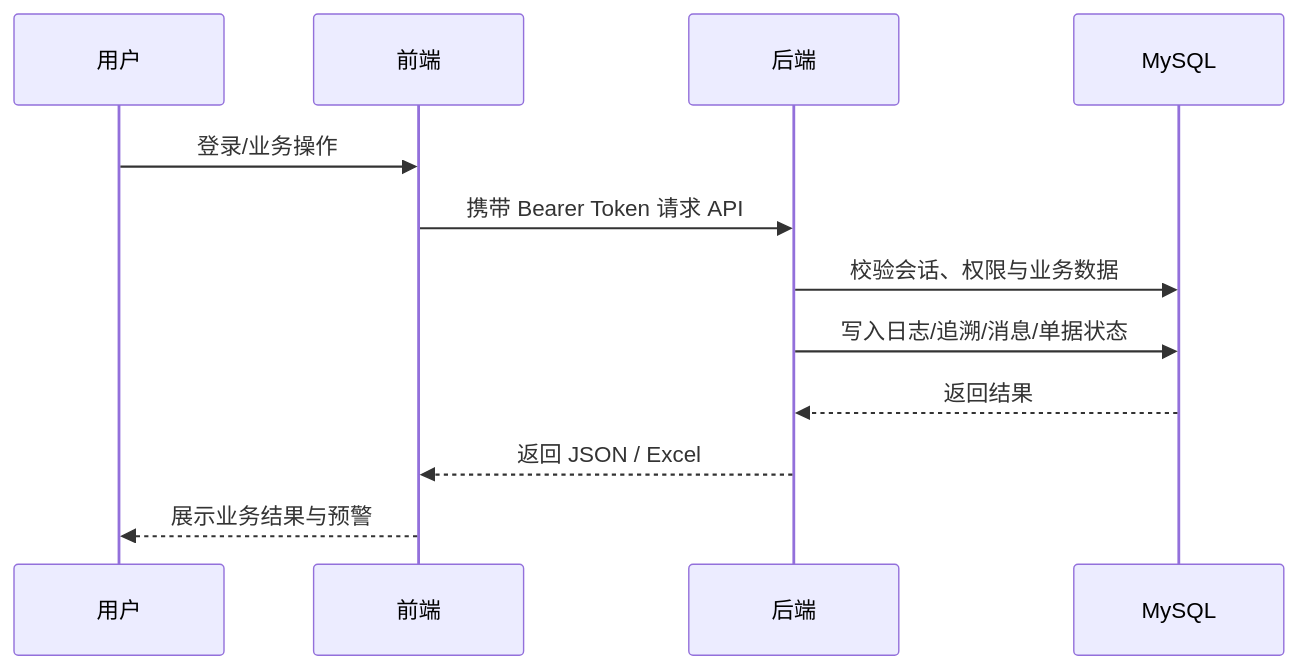
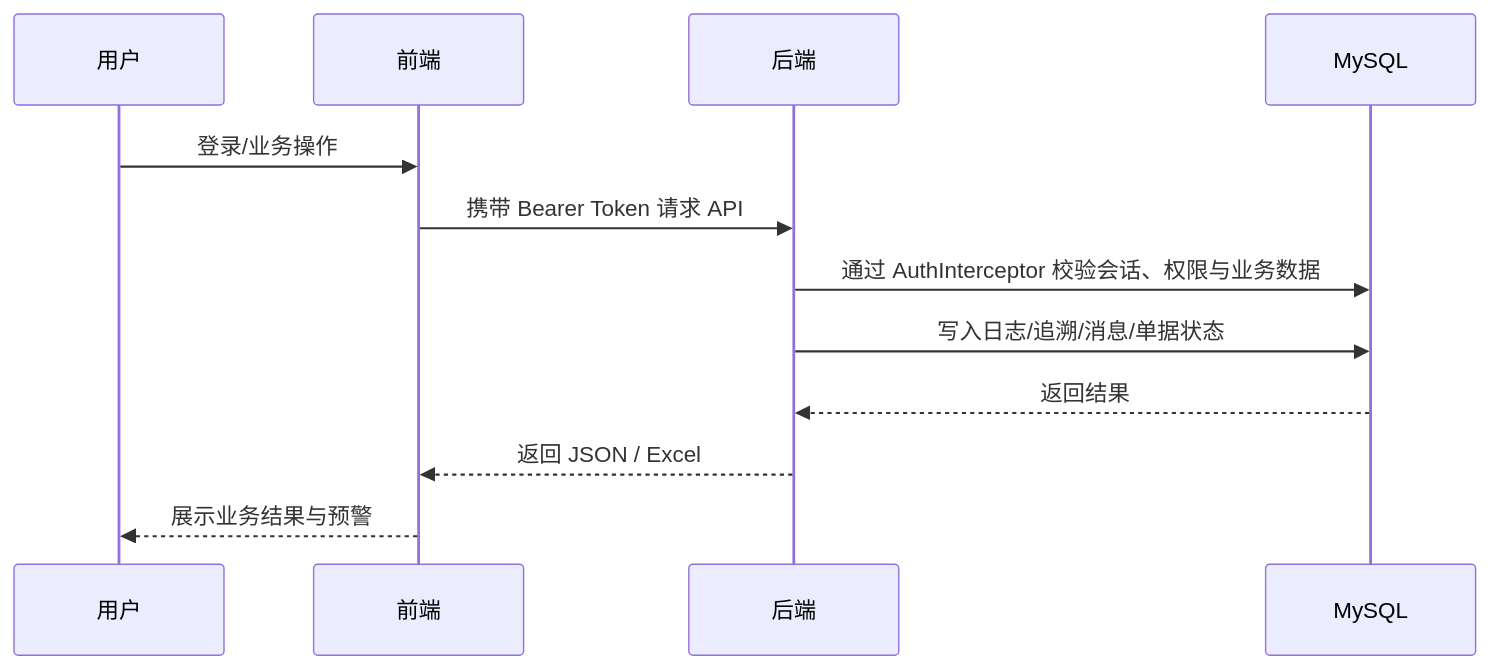
One commit to zcw199604/java-test changed the second of 2 diagrams in helloagents/wiki/arch.md. Above: the diagram before and after it, drawn with Mermaid. The commit also changed other lines of this file and 51 other files, not shown here.

````diff
--- a/helloagents/wiki/arch.md
+++ b/helloagents/wiki/arch.md
@@ -37,14 +37,14 @@
 ```mermaid
 sequenceDiagram
     participant U as 用户
     participant F as 前端
     participant B as 后端
     participant DB as MySQL
     U->>F: 登录/业务操作
     F->>B: 携带 Bearer Token 请求 API
-    B->>DB: 校验会话、权限与业务数据
+    B->>DB: 通过 AuthInterceptor 校验会话、权限与业务数据
     B->>DB: 写入日志/追溯/消息/单据状态
     DB-->>B: 返回结果
     B-->>F: 返回 JSON / Excel
     F-->>U: 展示业务结果与预警
 ```
````
